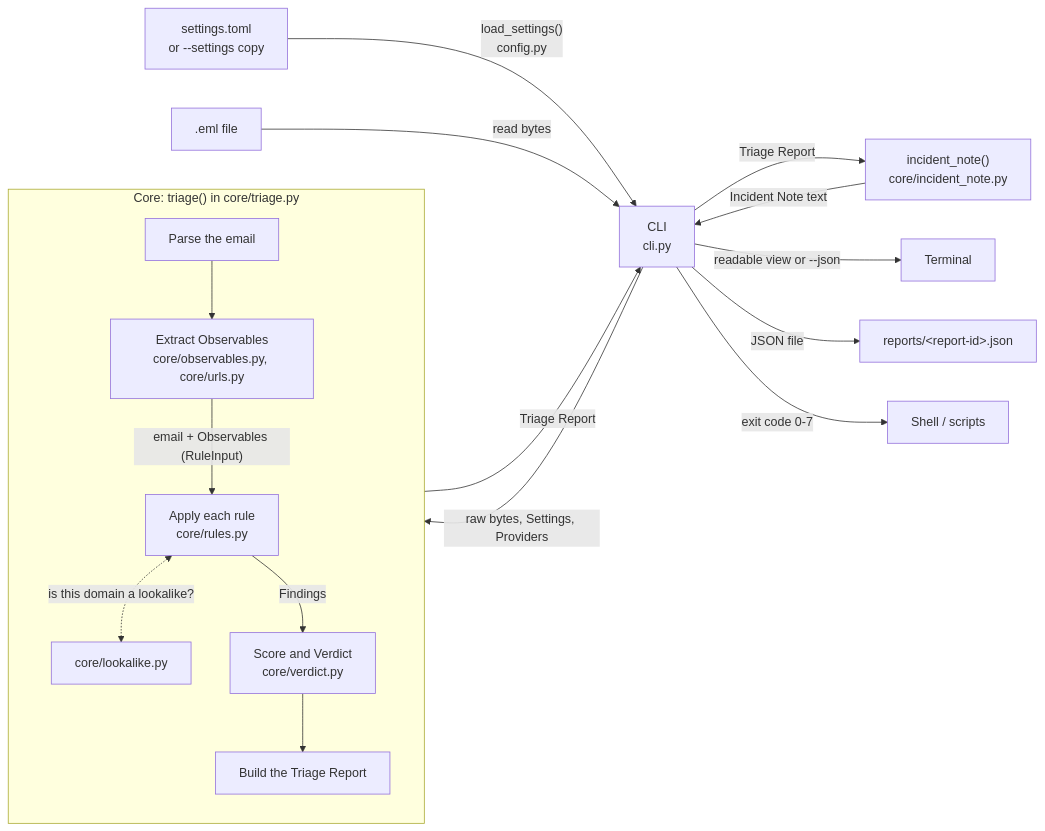
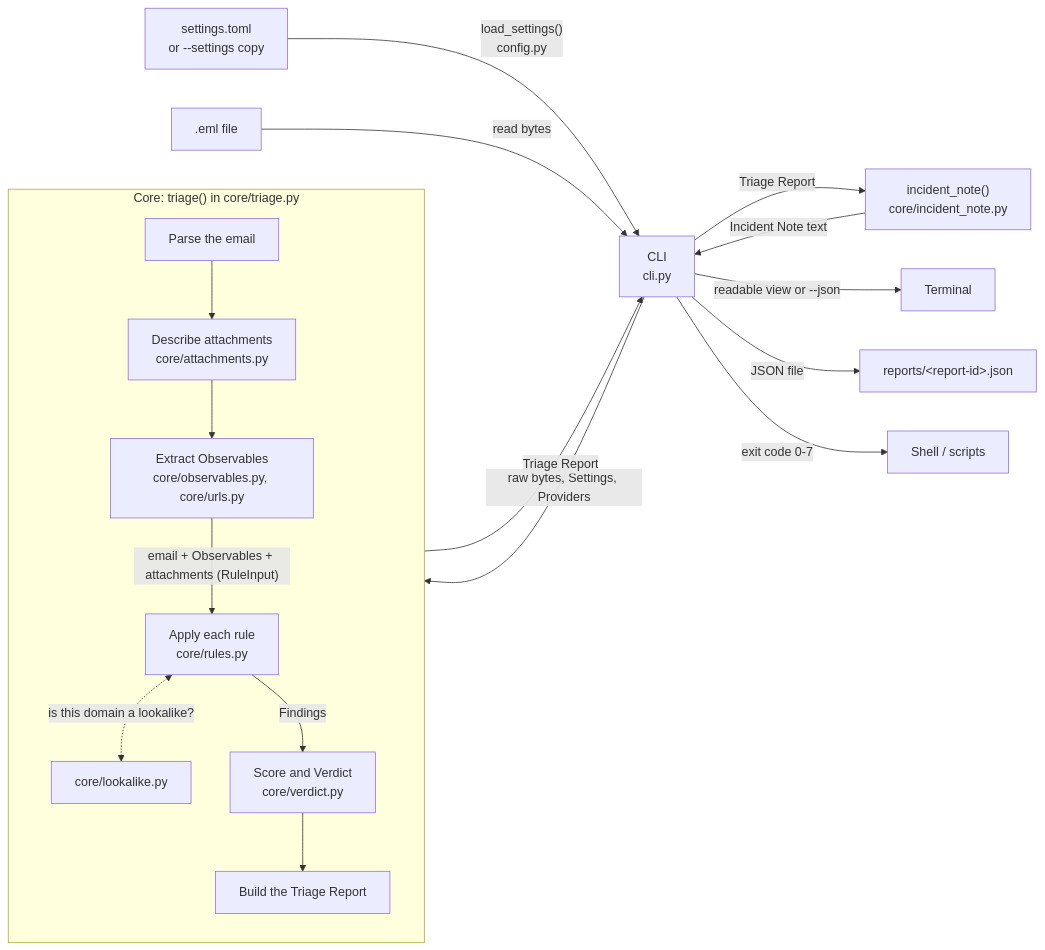
The diagram in docs/ARCHITECTURE.md (GiacomoBarry/phishing-triage), drawn with Mermaid before and after one commit. The commit also changed other lines of this file and 18 other files, not shown here.

````diff
--- a/docs/ARCHITECTURE.md
+++ b/docs/ARCHITECTURE.md
@@ -16,22 +16,23 @@
 ```mermaid
 flowchart LR
     toml["settings.toml<br/>or --settings copy"] -->|"load_settings()<br/>config.py"| cli
     file[".eml file"] -->|read bytes| cli["CLI<br/>cli.py"]
     cli -->|"raw bytes, Settings, Providers"| core
 
     subgraph core["Core: triage() in core/triage.py"]
         direction TB
-        parse["Parse the email"] --> extract["Extract Observables<br/>core/observables.py, core/urls.py"]
-        extract -->|"email + Observables (RuleInput)"| rules["Apply each rule<br/>core/rules.py"]
+        parse["Parse the email"] --> attach["Describe attachments<br/>core/attachments.py"]
+        attach --> extract["Extract Observables<br/>core/observables.py, core/urls.py"]
+        extract -->|"email + Observables + attachments (RuleInput)"| rules["Apply each rule<br/>core/rules.py"]
         rules <-.->|"is this domain a lookalike?"| lookalike["core/lookalike.py"]
         rules -->|Findings| verdict["Score and Verdict<br/>core/verdict.py"]
         verdict --> build["Build the Triage Report"]
     end
 
     core -->|Triage Report| cli
     cli -->|Triage Report| note["incident_note()<br/>core/incident_note.py"]
     note -->|Incident Note text| cli
     cli -->|readable view or --json| terminal["Terminal"]
     cli -->|JSON file| reports["reports/&lt;report-id&gt;.json"]
     cli -->|exit code 0-7| shell["Shell / scripts"]
 ```
````
